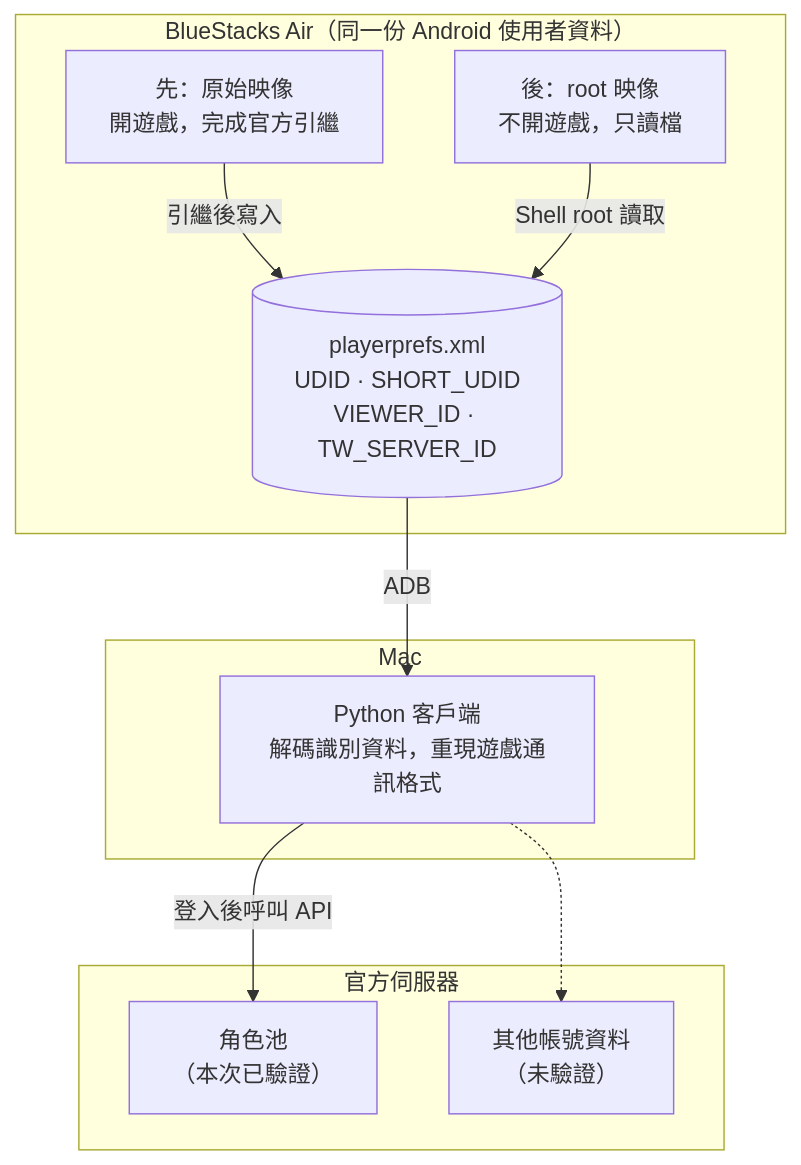
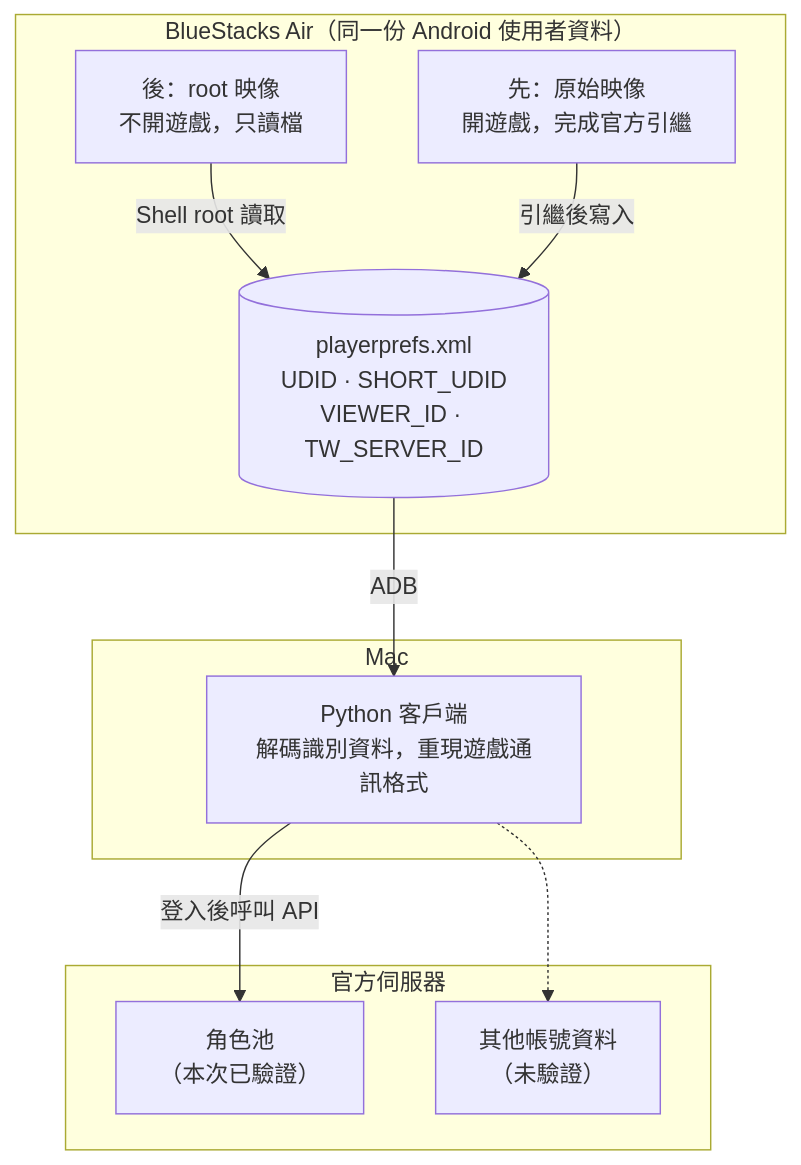
One commit to WilliamCHIU-ETH/pcr-tw-mac-login changed the diagram in README.md. Above: the diagram before and after it, drawn with Mermaid. The commit also changed other lines of this file, not shown here.

First line of the commit message:
docs: keep original image left of root image in diagram

````diff
--- a/README.md
+++ b/README.md
@@ -28,20 +28,20 @@
 ```mermaid
 flowchart TB
     subgraph AIR["BlueStacks Air（同一份 Android 使用者資料）"]
+        B["後：root 映像<br/>不開遊戲，只讀檔"]
         A["先：原始映像<br/>開遊戲，完成官方引繼"]
-        B["後：root 映像<br/>不開遊戲，只讀檔"]
         P[("playerprefs.xml<br/>UDID · SHORT_UDID<br/>VIEWER_ID · TW_SERVER_ID")]
+        B -->|"Shell root 讀取"| P
         A -->|"引繼後寫入"| P
-        B -->|"Shell root 讀取"| P
     end
     subgraph MAC["Mac"]
         C["Python 客戶端<br/>解碼識別資料，重現遊戲通訊格式"]
     end
     subgraph SRV["官方伺服器"]
         F["角色池<br/>（本次已驗證）"]
         G["其他帳號資料<br/>（未驗證）"]
     end
     P -->|"ADB"| C
     C -->|"登入後呼叫 API"| F
     C -.-> G
 ```
````
